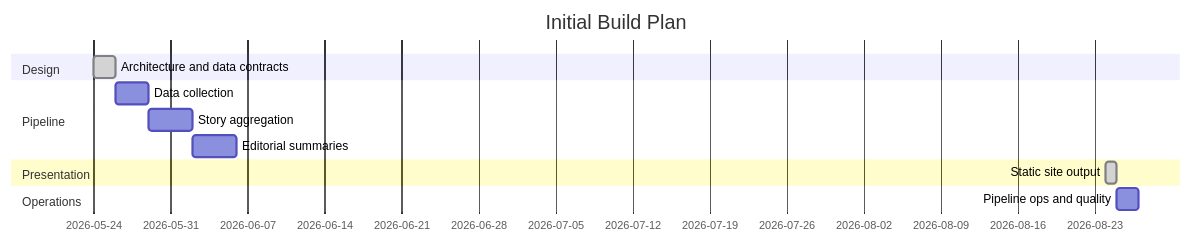
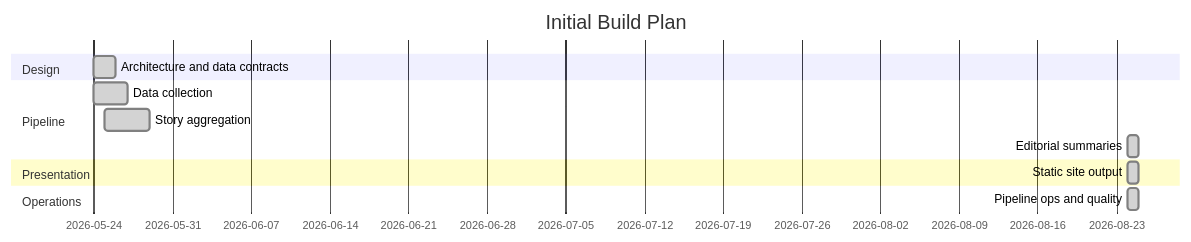
One commit to pmeenan/news-tldr.com changed the diagram in docs/plan.md. Above: the diagram before and after it, drawn with Mermaid. The commit also changed other lines of this file and 17 other files, not shown here.

````diff
--- a/docs/plan.md
+++ b/docs/plan.md
@@ -23,15 +23,15 @@
 ```mermaid
 gantt
     title Initial Build Plan
     dateFormat  YYYY-MM-DD
     section Design
     Architecture and data contracts :done, 2026-05-24, 2d
     section Pipeline
-    Data collection                 : 3d
-    Story aggregation               : 4d
-    Editorial summaries             : 4d
+    Data collection                 :done, 2026-05-24, 3d
+    Story aggregation               :done, 2026-05-25, 4d
+    Editorial summaries             :done, 2026-08-24, 1d
     section Presentation
     Static site output              :done, 2026-08-24, 1d
     section Operations
-    Pipeline ops and quality        : 2d
+    Pipeline ops and quality        :done, 2026-08-24, 1d
 ```
````
